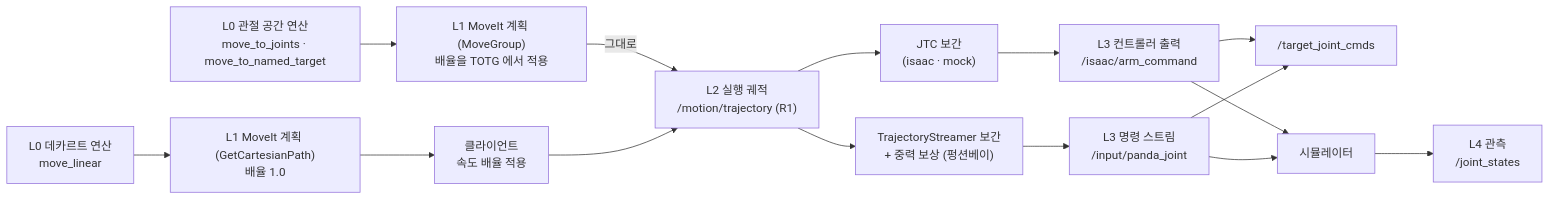
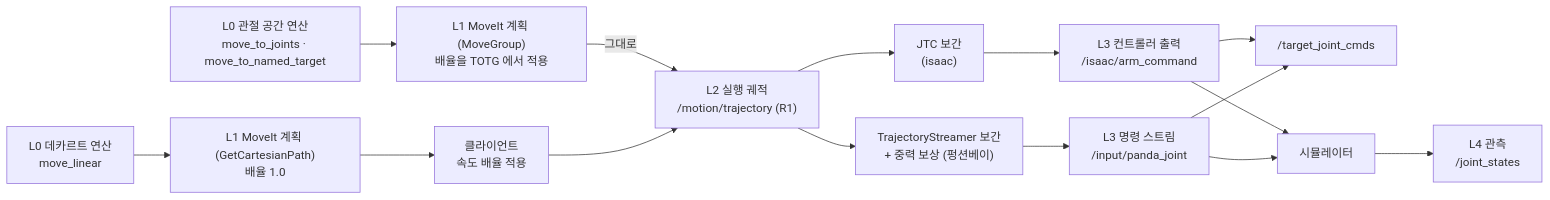
Before and after one commit to kwlee0220/rdfp_ws: the first of 3 diagrams in docs/learning/실행_궤적_채널_구현.md, drawn with Mermaid. The commit also changed other lines of this file and 2 other files, not shown here.

````diff
--- a/docs/learning/실행_궤적_채널_구현.md
+++ b/docs/learning/실행_궤적_채널_구현.md
@@ -81,17 +81,17 @@
 ```mermaid
 flowchart LR
     L0J["L0 관절 공간 연산<br/>move_to_joints · move_to_named_target"] --> PLANJ["L1 MoveIt 계획 (MoveGroup)<br/>배율을 TOTG 에서 적용"]
     L0C["L0 데카르트 연산<br/>move_linear"] --> PLANC["L1 MoveIt 계획 (GetCartesianPath)<br/>배율 1.0"]
     PLANJ -->|"그대로"| L2["L2 실행 궤적<br/>/motion/trajectory (R1)"]
     PLANC --> SCALE["클라이언트<br/>속도 배율 적용"]
     SCALE --> L2
-    L2 --> JTC["JTC 보간<br/>(isaac · mock)"]
+    L2 --> JTC["JTC 보간<br/>(isaac)"]
     L2 --> STR["TrajectoryStreamer 보간<br/>+ 중력 보상 (펑션베이)"]
     JTC --> L3["L3 컨트롤러 출력<br/>/isaac/arm_command"]
     STR --> L3B["L3 명령 스트림<br/>/input/panda_joint"]
     L3 --> TJC["/target_joint_cmds"]
     L3B --> TJC
     L3 --> SIM["시뮬레이터"]
     L3B --> SIM
     SIM --> L4["L4 관측<br/>/joint_states"]
 ```
````
